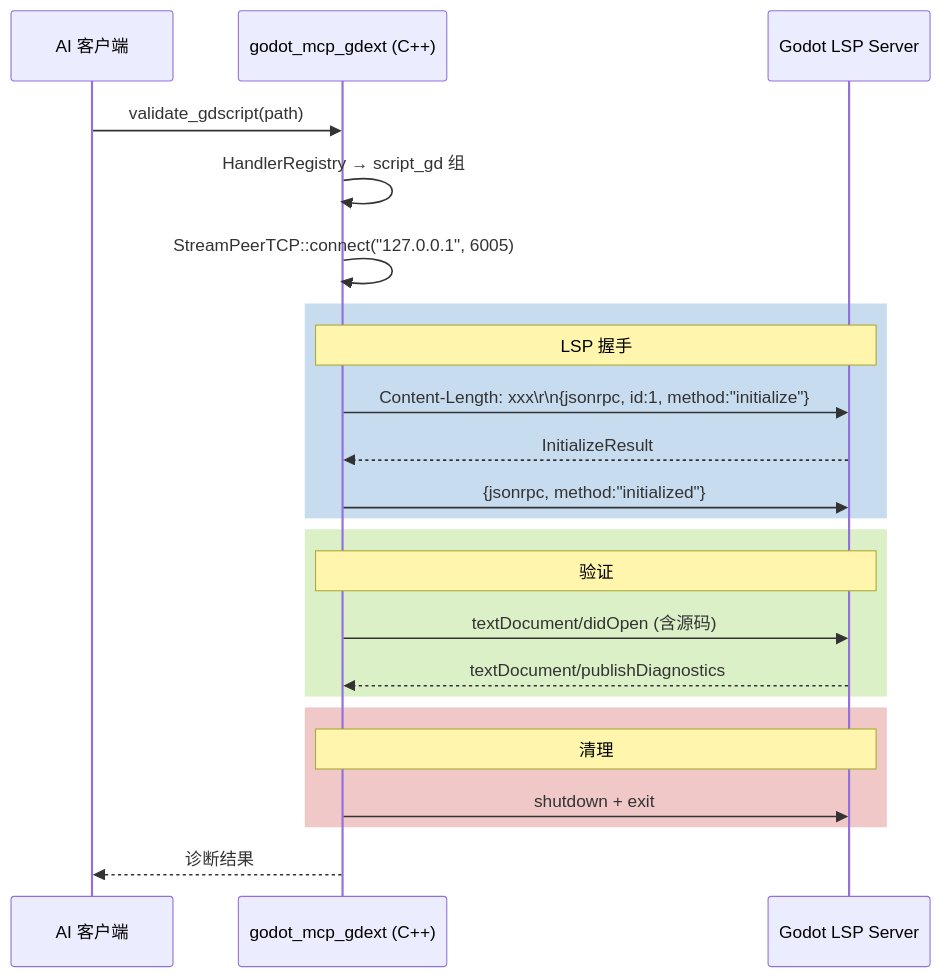
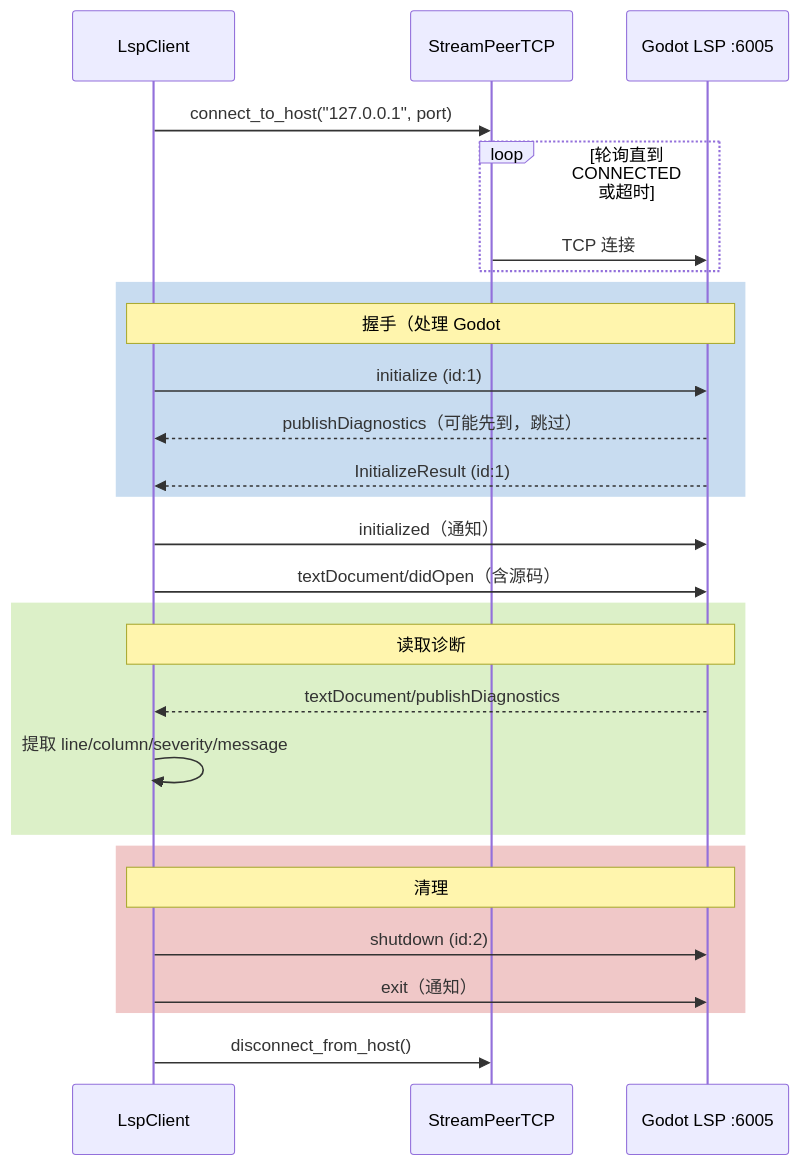
The diagram in .repo_wiki/modules/lsp-client.md (jesspig/GodotMCP-GDExtension), drawn with Mermaid before and after one commit. The commit also changed other lines of this file and 36 other files, not shown here.

````diff
--- a/.repo_wiki/modules/lsp-client.md
+++ b/.repo_wiki/modules/lsp-client.md
@@ -7,30 +36,35 @@
 ```mermaid
 sequenceDiagram
-    participant AI as AI 客户端
-    participant GDExt as godot_mcp_gdext (C++)
-    participant LSP as Godot LSP Server
-    
-    AI->>GDExt: validate_gdscript(path)
-    GDExt->>GDExt: HandlerRegistry → script_gd 组
-    GDExt->>GDExt: StreamPeerTCP::connect("127.0.0.1", 6005)
-    
+    participant C as LspClient
+    participant TCP as StreamPeerTCP
+    participant LSP as Godot LSP :6005
+
+    C->>TCP: connect_to_host("127.0.0.1", port)
+    loop 轮询直到 CONNECTED 或超时
+        TCP->>LSP: TCP 连接
+    end
+
     rect rgb(200, 220, 240)
-        Note over GDExt,LSP: LSP 握手
-        GDExt->>LSP: Content-Length: xxx\r\n{jsonrpc, id:1, method:"initialize"}
-        LSP-->>GDExt: InitializeResult
-        GDExt->>LSP: {jsonrpc, method:"initialized"}
+        Note over C,LSP: 握手（处理 Godot #78764 bug）
+        C->>LSP: initialize (id:1)
+        LSP-->>C: publishDiagnostics（可能先到，跳过）
+        LSP-->>C: InitializeResult (id:1)
     end
-    
+
+    C->>LSP: initialized（通知）
+    C->>LSP: textDocument/didOpen（含源码）
+
     rect rgb(220, 240, 200)
-        Note over GDExt,LSP: 验证
-        GDExt->>LSP: textDocument/didOpen (含源码)
-        LSP-->>GDExt: textDocument/publishDiagnostics
+        Note over C,LSP: 读取诊断
+        LSP-->>C: textDocument/publishDiagnostics
+        C->>C: 提取 line/column/severity/message
     end
-    
+
     rect rgb(240, 200, 200)
-        Note over GDExt,LSP: 清理
-        GDExt->>LSP: shutdown + exit
+        Note over C,LSP: 清理
+        C->>LSP: shutdown (id:2)
+        C->>LSP: exit（通知）
     end
-    
-    GDExt-->>AI: 诊断结果
+
+    C->>TCP: disconnect_from_host()
 ```
````
